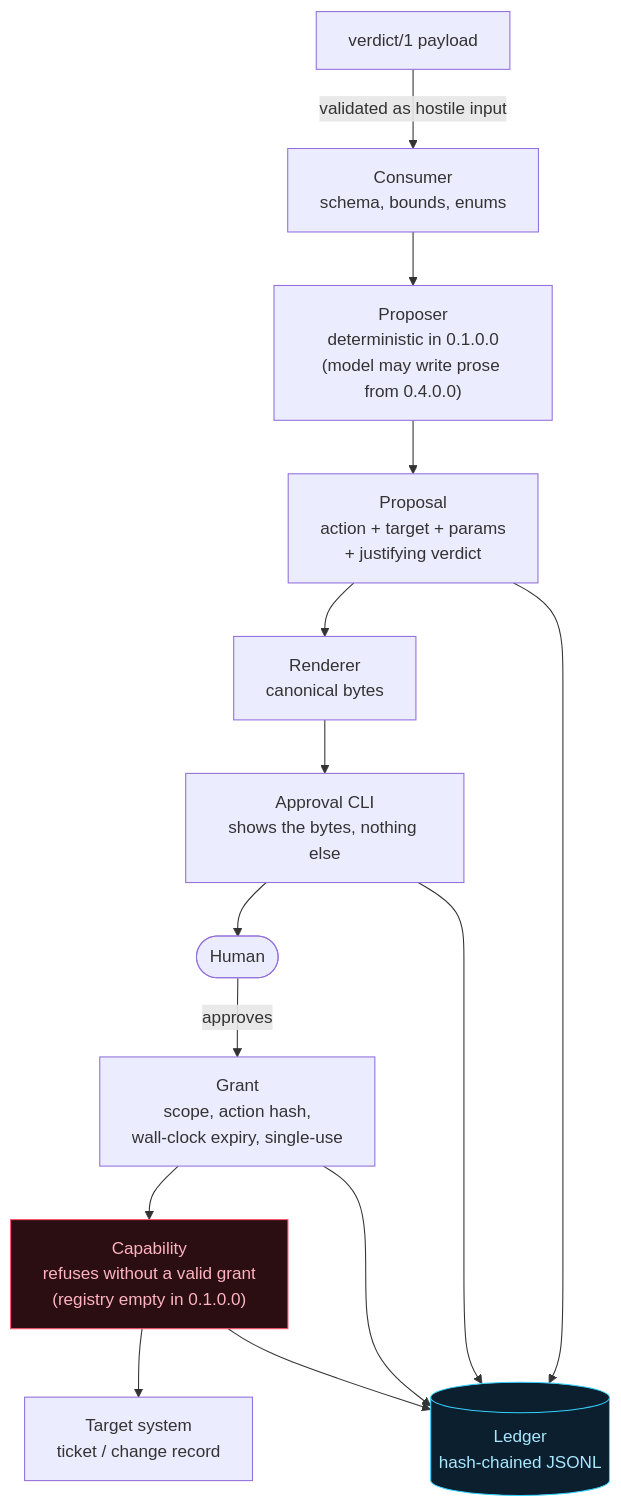
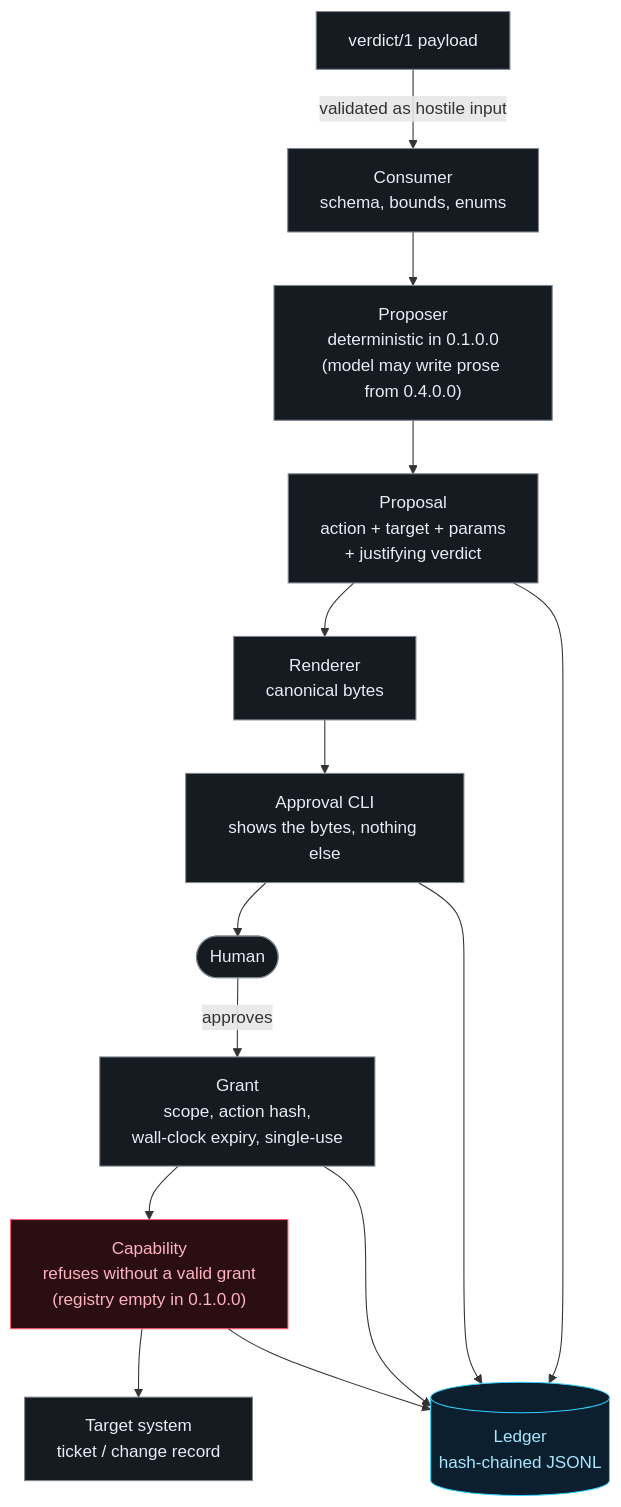
Before and after one commit to jerzy99jerzy/pirx: the second of 2 diagrams in docs/PIRX-PROJECT-BRIEF.md, drawn with Mermaid. The commit also changed other lines of this file and 11 other files, not shown here.

First line of the commit message:
docs: reconcile the tree with the code - catalogue the pump attacks (F64), fold in the two-writer ledger, redraw the gate's diagrams

````diff
--- a/docs/PIRX-PROJECT-BRIEF.md
+++ b/docs/PIRX-PROJECT-BRIEF.md
@@ -215,19 +216,20 @@
 ```mermaid
 flowchart TB
     V["verdict/1 payload"] -->|"validated as hostile input"| C["Consumer<br/>schema, bounds, enums"]
     C --> PR["Proposer<br/>deterministic in 0.1.0.0<br/>(model may write prose from 0.4.0.0)"]
     PR --> PP["Proposal<br/>action + target + params<br/>+ justifying verdict"]
     PP --> RN["Renderer<br/>canonical bytes"]
     RN --> AP["Approval CLI<br/>shows the bytes, nothing else"]
     AP --> H(["Human"])
     H -->|approves| G["Grant<br/>scope, action hash,<br/>wall-clock expiry, single-use"]
     G --> CAP["Capability<br/>refuses without a valid grant<br/>(registry empty in 0.1.0.0)"]
     CAP --> T["Target system<br/>ticket / change record"]
     CAP --> L[("Ledger<br/>hash-chained JSONL")]
     G --> L
     PP --> L
     AP --> L
 
+    classDef default fill:#161b22,stroke:#7d8590,color:#e6edf3
     style CAP fill:#2a0e12,stroke:#ff5370,color:#ffb3c0
     style L fill:#0b1f2e,stroke:#34d0ff,color:#a9e7ff
 ```
````
